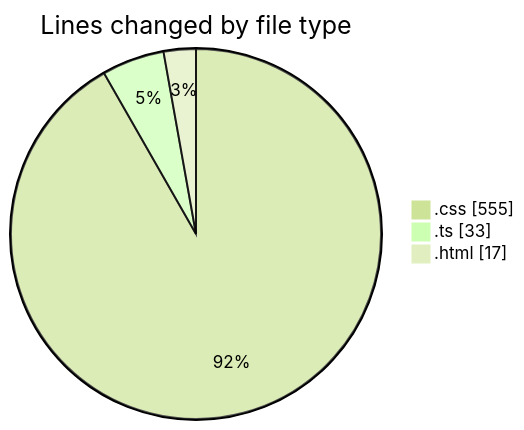
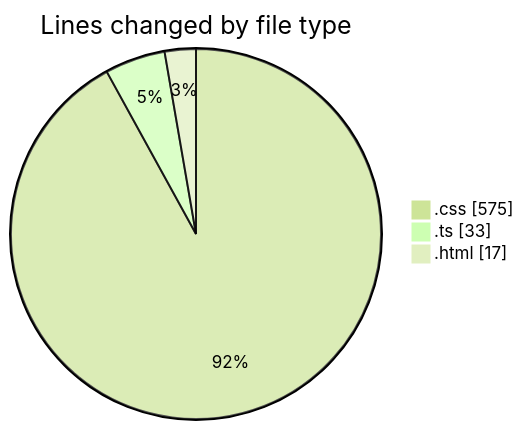
The first of 2 diagrams in 2026-01-06/budget_front_nest/README.md (igalym/code-tracking), drawn with Mermaid (forest theme) before and after one commit. The commit also changed other lines of this file and 1 other file, not shown here.

````diff
--- a/2026-01-06/budget_front_nest/README.md
+++ b/2026-01-06/budget_front_nest/README.md
@@ -24,7 +24,7 @@
 ```mermaid
 pie showData
 title Lines changed by file type
-".css" : 555
+".css" : 575
 ".ts" : 33
 ".html" : 17
 ```
````
